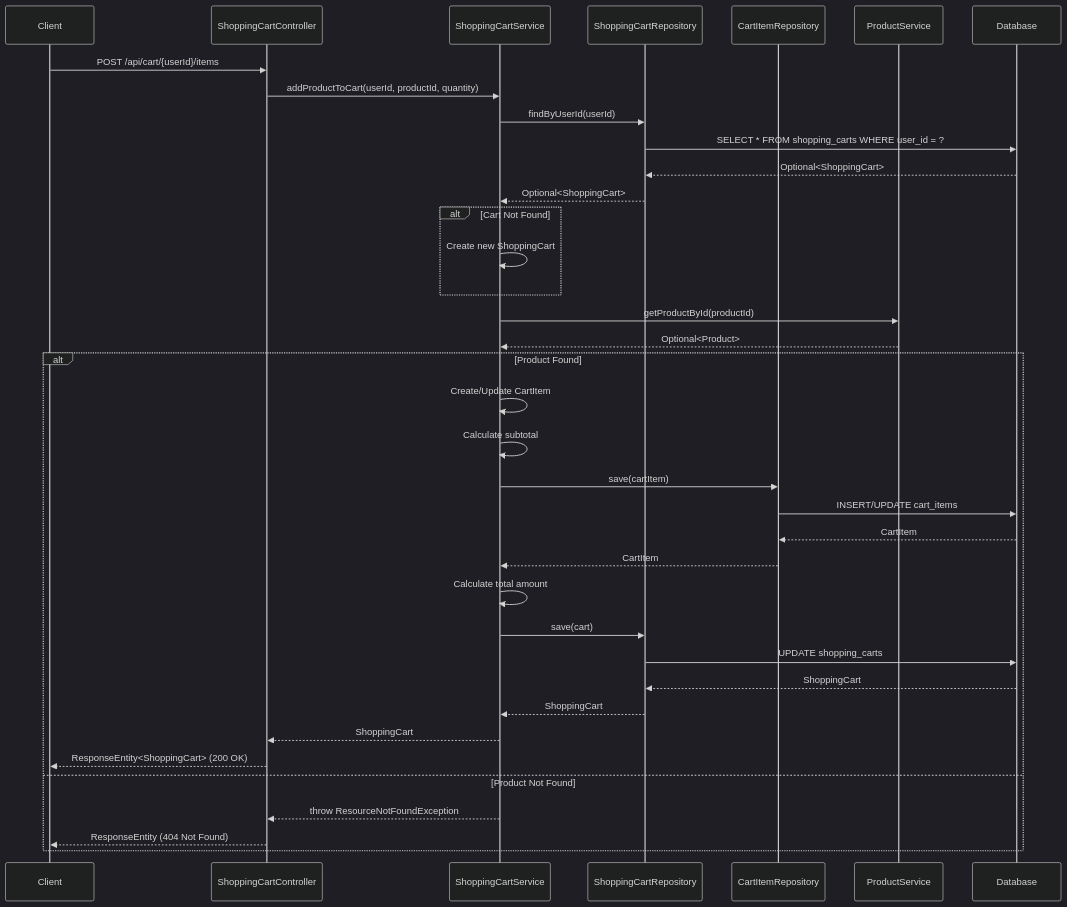
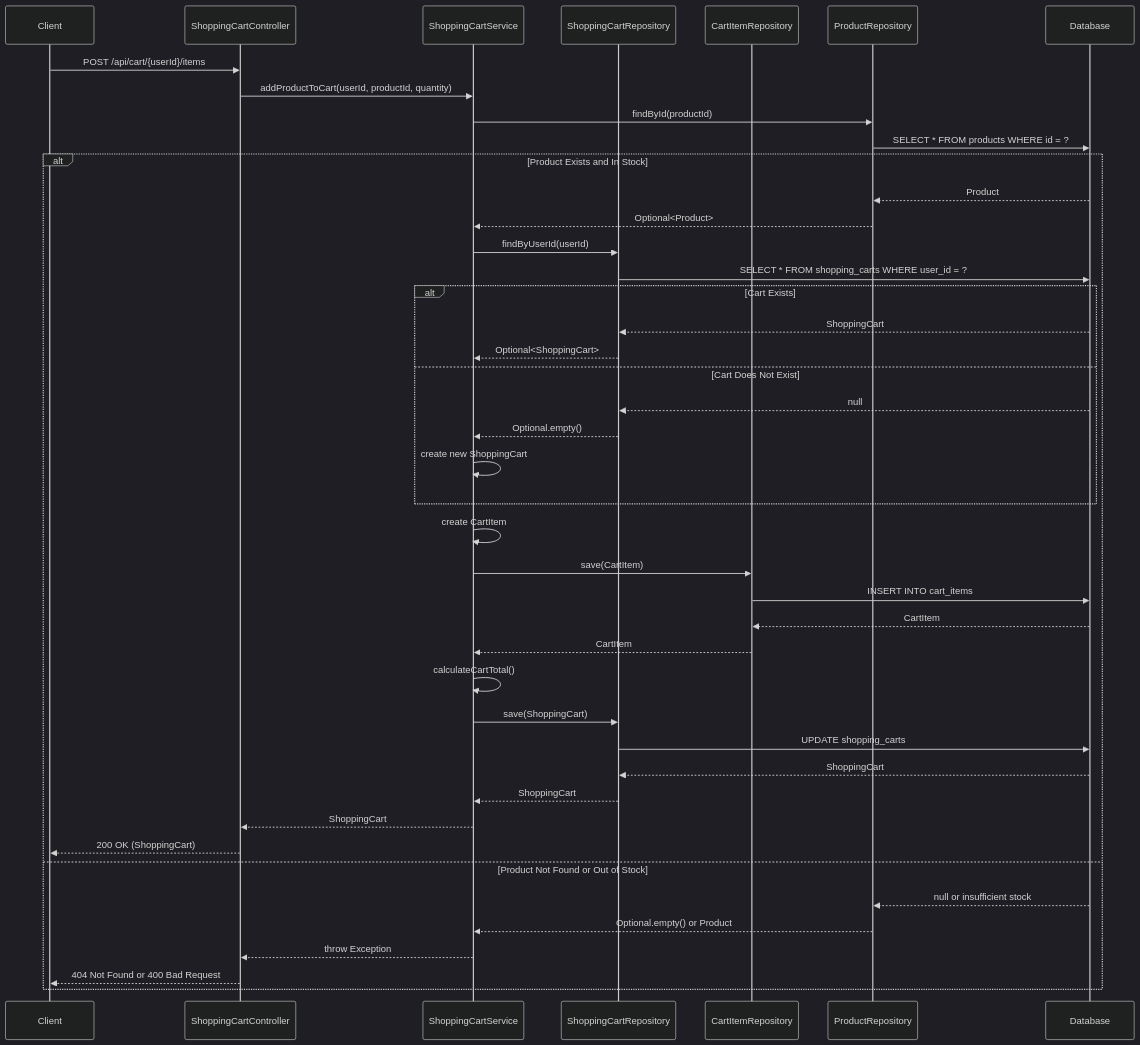
One commit to NavneetBN47/aava-ecom-demo changed the tenth of 13 diagrams in docs/LLD/modified_lld.md. Above: the diagram before and after it, drawn with Mermaid (dark theme). The commit also changed other lines of this file, not shown here.

````diff
--- a/docs/LLD/modified_lld.md
+++ b/docs/LLD/modified_lld.md
@@ -385,43 +388,49 @@
 ```mermaid
 sequenceDiagram
     participant Client
     participant ShoppingCartController
     participant ShoppingCartService
     participant ShoppingCartRepository
     participant CartItemRepository
-    participant ProductService
+    participant ProductRepository
     participant Database
 
     Client->>ShoppingCartController: POST /api/cart/{userId}/items
     ShoppingCartController->>ShoppingCartService: addProductToCart(userId, productId, quantity)
-    ShoppingCartService->>ShoppingCartRepository: findByUserId(userId)
-    ShoppingCartRepository->>Database: SELECT * FROM shopping_carts WHERE user_id = ?
-    Database-->>ShoppingCartRepository: Optional<ShoppingCart>
-    ShoppingCartRepository-->>ShoppingCartService: Optional<ShoppingCart>
+    ShoppingCartService->>ProductRepository: findById(productId)
+    ProductRepository->>Database: SELECT * FROM products WHERE id = ?
     
-    alt Cart Not Found
-        ShoppingCartService->>ShoppingCartService: Create new ShoppingCart
-    end
-    
-    ShoppingCartService->>ProductService: getProductById(productId)
-    ProductService-->>ShoppingCartService: Optional<Product>
-    
-    alt Product Found
-        ShoppingCartService->>ShoppingCartService: Create/Update CartItem
-        ShoppingCartService->>ShoppingCartService: Calculate subtotal
-        ShoppingCartService->>CartItemRepository: save(cartItem)
-        CartItemRepository->>Database: INSERT/UPDATE cart_items
+    alt Product Exists and In Stock
+        Database-->>ProductRepository: Product
+        ProductRepository-->>ShoppingCartService: Optional<Product>
+        ShoppingCartService->>ShoppingCartRepository: findByUserId(userId)
+        ShoppingCartRepository->>Database: SELECT * FROM shopping_carts WHERE user_id = ?
+        
+        alt Cart Exists
+            Database-->>ShoppingCartRepository: ShoppingCart
+            ShoppingCartRepository-->>ShoppingCartService: Optional<ShoppingCart>
+        else Cart Does Not Exist
+            Database-->>ShoppingCartRepository: null
+            ShoppingCartRepository-->>ShoppingCartService: Optional.empty()
+            ShoppingCartService->>ShoppingCartService: create new ShoppingCart
+        end
+        
+        ShoppingCartService->>ShoppingCartService: create CartItem
+        ShoppingCartService->>CartItemRepository: save(CartItem)
+        CartItemRepository->>Database: INSERT INTO cart_items
         Database-->>CartItemRepository: CartItem
         CartItemRepository-->>ShoppingCartService: CartItem
-        ShoppingCartService->>ShoppingCartService: Calculate total amount
-        ShoppingCartService->>ShoppingCartRepository: save(cart)
+        ShoppingCartService->>ShoppingCartService: calculateCartTotal()
+        ShoppingCartService->>ShoppingCartRepository: save(ShoppingCart)
         ShoppingCartRepository->>Database: UPDATE shopping_carts
         Database-->>ShoppingCartRepository: ShoppingCart
         ShoppingCartRepository-->>ShoppingCartService: ShoppingCart
         ShoppingCartService-->>ShoppingCartController: ShoppingCart
-        ShoppingCartController-->>Client: ResponseEntity<ShoppingCart> (200 OK)
-    else Product Not Found
-        ShoppingCartService-->>ShoppingCartController: throw ResourceNotFoundException
-        ShoppingCartController-->>Client: ResponseEntity (404 Not Found)
+        ShoppingCartController-->>Client: 200 OK (ShoppingCart)
+    else Product Not Found or Out of Stock
+        Database-->>ProductRepository: null or insufficient stock
+        ProductRepository-->>ShoppingCartService: Optional.empty() or Product
+        ShoppingCartService-->>ShoppingCartController: throw Exception
+        ShoppingCartController-->>Client: 404 Not Found or 400 Bad Request
     end
 ```
````
